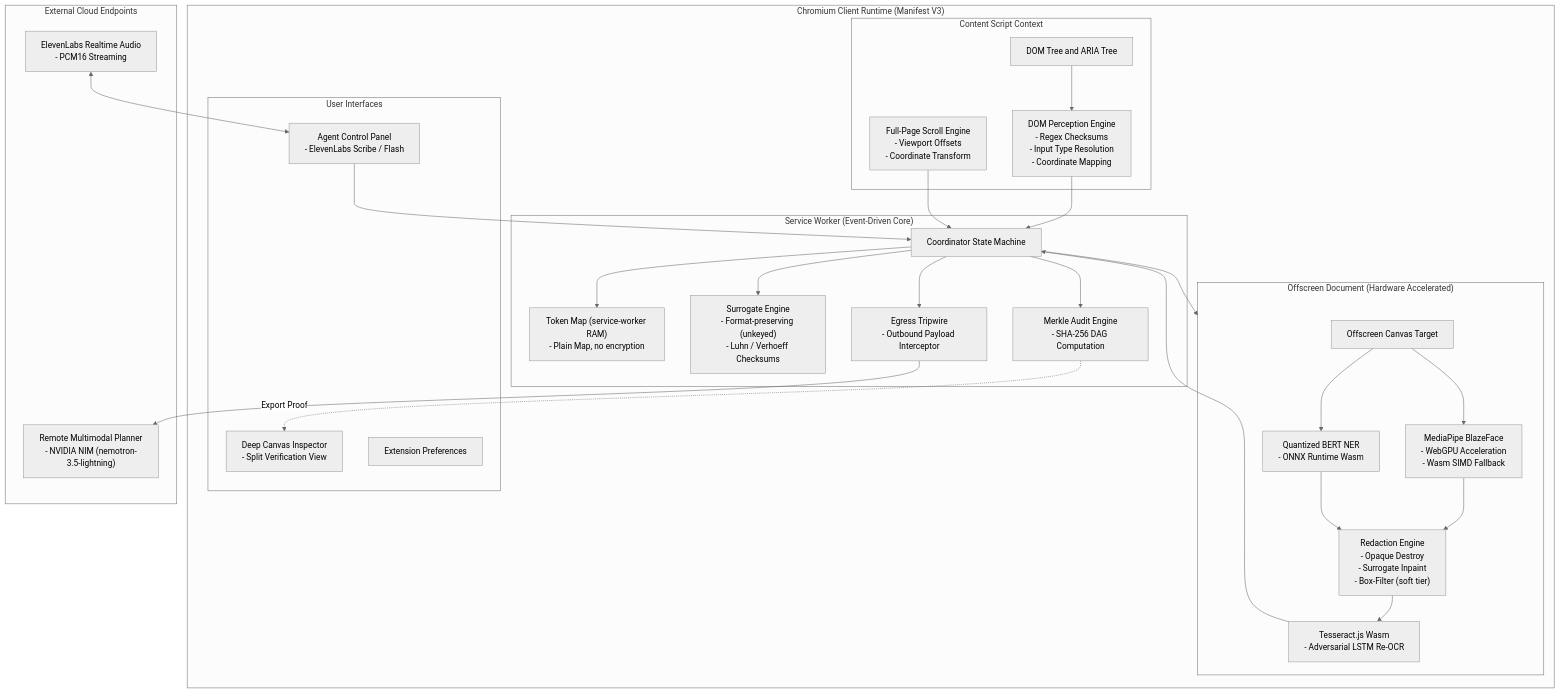
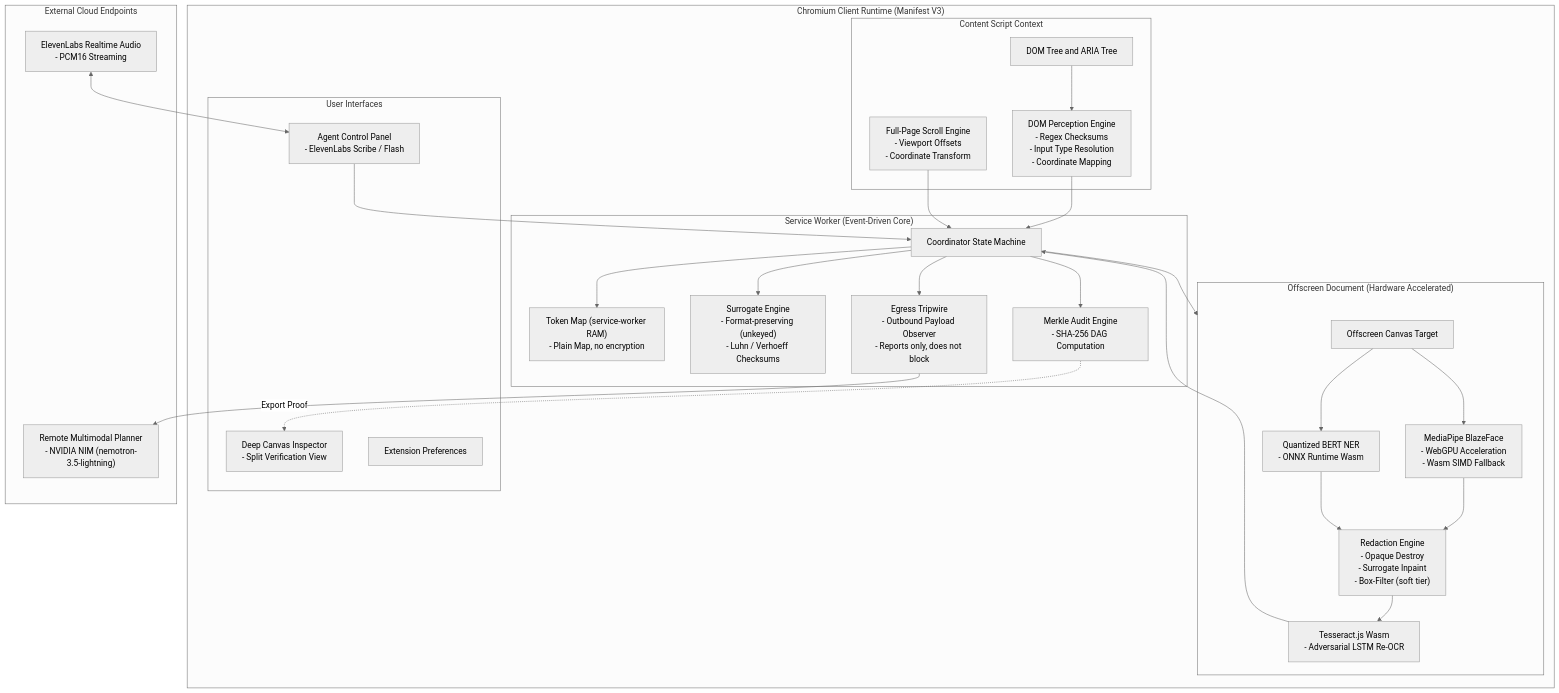
Before and after one commit to shashank-tomar0/pry: the first of 4 diagrams in README.md, drawn with Mermaid (neutral theme). The commit also changed other lines of this file and 39 other files, not shown here.

````diff
--- a/README.md
+++ b/README.md
@@ -96,56 +96,56 @@
 ```mermaid
 flowchart TD
     subgraph ClientBrowser["Chromium Client Runtime (Manifest V3)"]
         subgraph IsolatedWorld["Content Script Context"]
             DOM["DOM Tree and ARIA Tree"]
             DOMScanner["DOM Perception Engine\n- Regex Checksums\n- Input Type Resolution\n- Coordinate Mapping"]
             Stitcher["Full-Page Scroll Engine\n- Viewport Offsets\n- Coordinate Transform"]
         end
 
         subgraph BackgroundSW["Service Worker (Event-Driven Core)"]
             Controller["Coordinator State Machine"]
             Vault["Token Map (service-worker RAM)\n- Plain Map, no encryption"]
             FPE["Surrogate Engine\n- Format-preserving (unkeyed)\n- Luhn / Verhoeff Checksums"]
             Merkle["Merkle Audit Engine\n- SHA-256 DAG Computation"]
-            Tripwire["Egress Tripwire\n- Outbound Payload Interceptor"]
+            Tripwire["Egress Tripwire\n- Outbound Payload Observer\n- Reports only, does not block"]
         end
 
         subgraph OffscreenEnv["Offscreen Document (Hardware Accelerated)"]
             Canvas["Offscreen Canvas Target"]
             BlazeFace["MediaPipe BlazeFace\n- WebGPU Acceleration\n- Wasm SIMD Fallback"]
             BERT["Quantized BERT NER\n- ONNX Runtime Wasm"]
             Convolution["Redaction Engine\n- Opaque Destroy\n- Surrogate Inpaint\n- Box-Filter (soft tier)"]
             AdversarialOCR["Tesseract.js Wasm\n- Adversarial LSTM Re-OCR"]
         end
 
         subgraph UserInterfaces["User Interfaces"]
             Sidepanel["Agent Control Panel\n- ElevenLabs Scribe / Flash"]
             Inspector["Deep Canvas Inspector\n- Split Verification View"]
             Options["Extension Preferences"]
         end
     end
 
     subgraph ExternalCloud["External Cloud Endpoints"]
         InferenceAPI["Remote Multimodal Planner\n- NVIDIA NIM (nemotron-3.5-lightning)"]
         VoiceAPI["ElevenLabs Realtime Audio\n- PCM16 Streaming"]
     end
 
     DOM --> DOMScanner
     DOMScanner --> Controller
     Stitcher --> Controller
     Controller --> OffscreenEnv
     Canvas --> BlazeFace
     Canvas --> BERT
     BlazeFace --> Convolution
     BERT --> Convolution
     Convolution --> AdversarialOCR
     AdversarialOCR --> Controller
     Controller --> Vault
     Controller --> FPE
     Controller --> Merkle
     Controller --> Tripwire
     Tripwire --> InferenceAPI
     Sidepanel --> Controller
     VoiceAPI <--> Sidepanel
     Merkle -. Export Proof .-> Inspector
 ```
````
